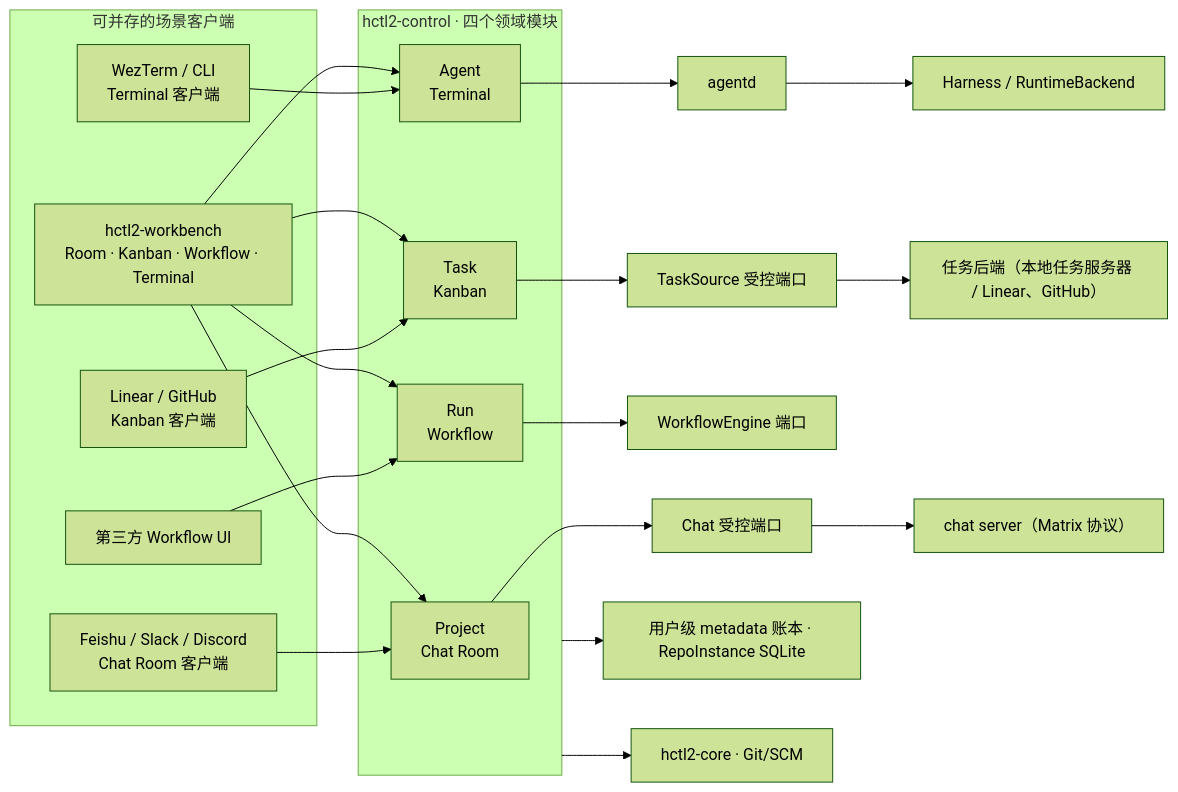
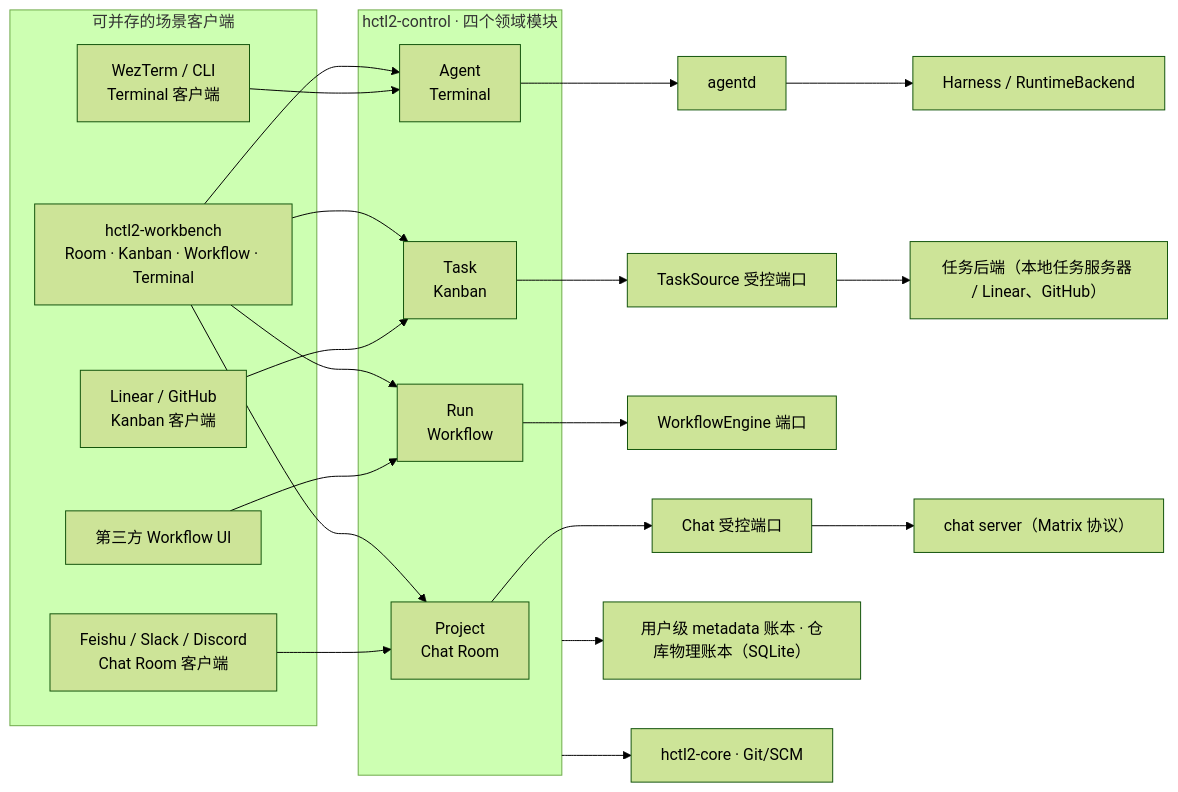
One commit to yesme/hctl2 changed the second of 2 diagrams in README.md. Above: the diagram before and after it, drawn with Mermaid (forest theme). The commit also changed 3 other files, not shown here.

Commit message:
docs: demote RepoInstance to a contract-layer object; drop from object graph

````diff
--- a/README.md
+++ b/README.md
@@ -98,37 +98,37 @@
 ```mermaid
 flowchart LR
     subgraph Clients["可并存的场景客户端"]
         Bench["hctl2-workbench\nRoom · Kanban · Workflow · Terminal"]
         ChatClient["Feishu / Slack / Discord\nChat Room 客户端"]
         TaskClient["Linear / GitHub\nKanban 客户端"]
         WorkflowClient["第三方 Workflow UI"]
         TerminalClient["WezTerm / CLI\nTerminal 客户端"]
     end
 
     subgraph Control["hctl2-control · 四个领域模块"]
         P["Project\nChat Room"]
         T["Task\nKanban"]
         R["Run\nWorkflow"]
         H["Agent\nTerminal"]
     end
 
     Bench --> P
     Bench --> T
     Bench --> R
     Bench --> H
     ChatClient --> P
     TaskClient --> T
     WorkflowClient --> R
     TerminalClient --> H
 
     P --> ChatPort["Chat 受控端口"]
     ChatPort --> ChatSrv["chat server（Matrix 协议）"]
     T --> TaskSource["TaskSource 受控端口"]
     TaskSource --> TaskBackend["任务后端（本地任务服务器 / Linear、GitHub）"]
     R --> Engine["WorkflowEngine 端口"]
     H --> Agentd["agentd"]
     Agentd --> Runtime["Harness / RuntimeBackend"]
 
-    Control --> DB["用户级 metadata 账本 · RepoInstance SQLite"]
+    Control --> DB["用户级 metadata 账本 · 仓库物理账本（SQLite）"]
     Control --> Core["hctl2-core · Git/SCM"]
 ```
````
